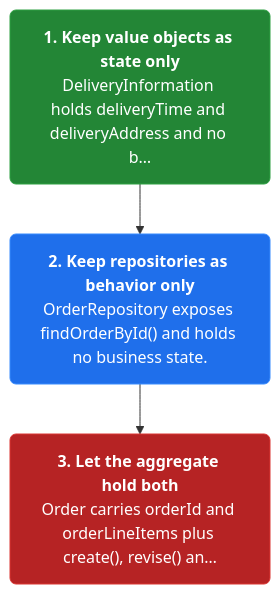
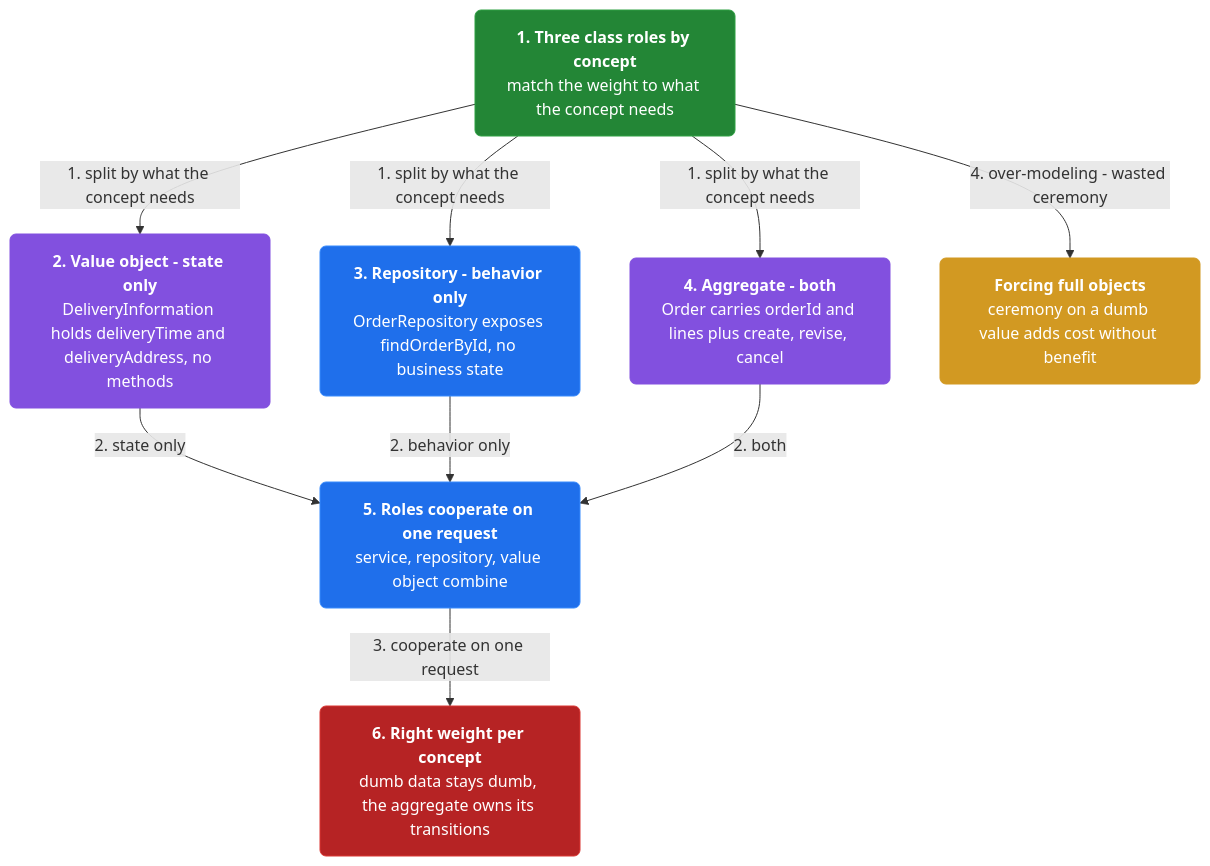
Before and after one commit to vinayakuber/microservices-io-study-guide: the fourth of 4 diagrams in docs/ch18-domain-model.md, drawn with Mermaid. The commit also changed other lines of this file and 46 other files, not shown here.

First line of the commit message:
Author rich branching flow diagrams for all 44 chapters

````diff
--- a/docs/ch18-domain-model.md
+++ b/docs/ch18-domain-model.md
@@ -128,11 +156,23 @@
 ```mermaid
 flowchart TD
-  classDef step fill:#1f6feb,color:#ffffff,stroke:#388bfd,stroke-width:1px,rx:6
+  classDef step fill:#1f6feb,color:#ffffff,stroke:#388bfd,rx:6
+  classDef core fill:#8250df,color:#ffffff,stroke:#8250df,rx:6
+  classDef warn fill:#d29922,color:#ffffff,stroke:#d29922,rx:6
   classDef start fill:#238636,color:#ffffff,stroke:#2ea043,rx:6
   classDef stop fill:#b62324,color:#ffffff,stroke:#da3633,rx:6
-  s3n0["<b>1. Keep value objects as state only</b><br/>DeliveryInformation holds deliveryTime and deliveryAddress and no b…"]:::start
-  s3n1["<b>2. Keep repositories as behavior only</b><br/>OrderRepository exposes findOrderById() and holds no business state."]:::step
-  s3n2["<b>3. Let the aggregate hold both</b><br/>Order carries orderId and orderLineItems plus create(), revise() an…"]:::stop
-  s3n0 --> s3n1
-  s3n1 --> s3n2
+  n0["<b>1. Three class roles by concept</b><br/>match the weight to what the concept needs"]:::start
+  n1["<b>2. Value object - state only</b><br/>DeliveryInformation holds deliveryTime and deliveryAddress, no methods"]:::core
+  n2["<b>3. Repository - behavior only</b><br/>OrderRepository exposes findOrderById, no business state"]:::step
+  n3["<b>4. Aggregate - both</b><br/>Order carries orderId and lines plus create, revise, cancel"]:::core
+  n4["<b>5. Roles cooperate on one request</b><br/>service, repository, value object combine"]:::step
+  n5["<b>6. Right weight per concept</b><br/>dumb data stays dumb, the aggregate owns its transitions"]:::stop
+  n6["<b>Forcing full objects</b><br/>ceremony on a dumb value adds cost without benefit"]:::warn
+  n0 -->|"1. split by what the concept needs"| n1
+  n0 -->|"1. split by what the concept needs"| n2
+  n0 -->|"1. split by what the concept needs"| n3
+  n1 -->|"2. state only"| n4
+  n2 -->|"2. behavior only"| n4
+  n3 -->|"2. both"| n4
+  n4 -->|"3. cooperate on one request"| n5
+  n0 -->|"4. over-modeling - wasted ceremony"| n6
 ```
````
